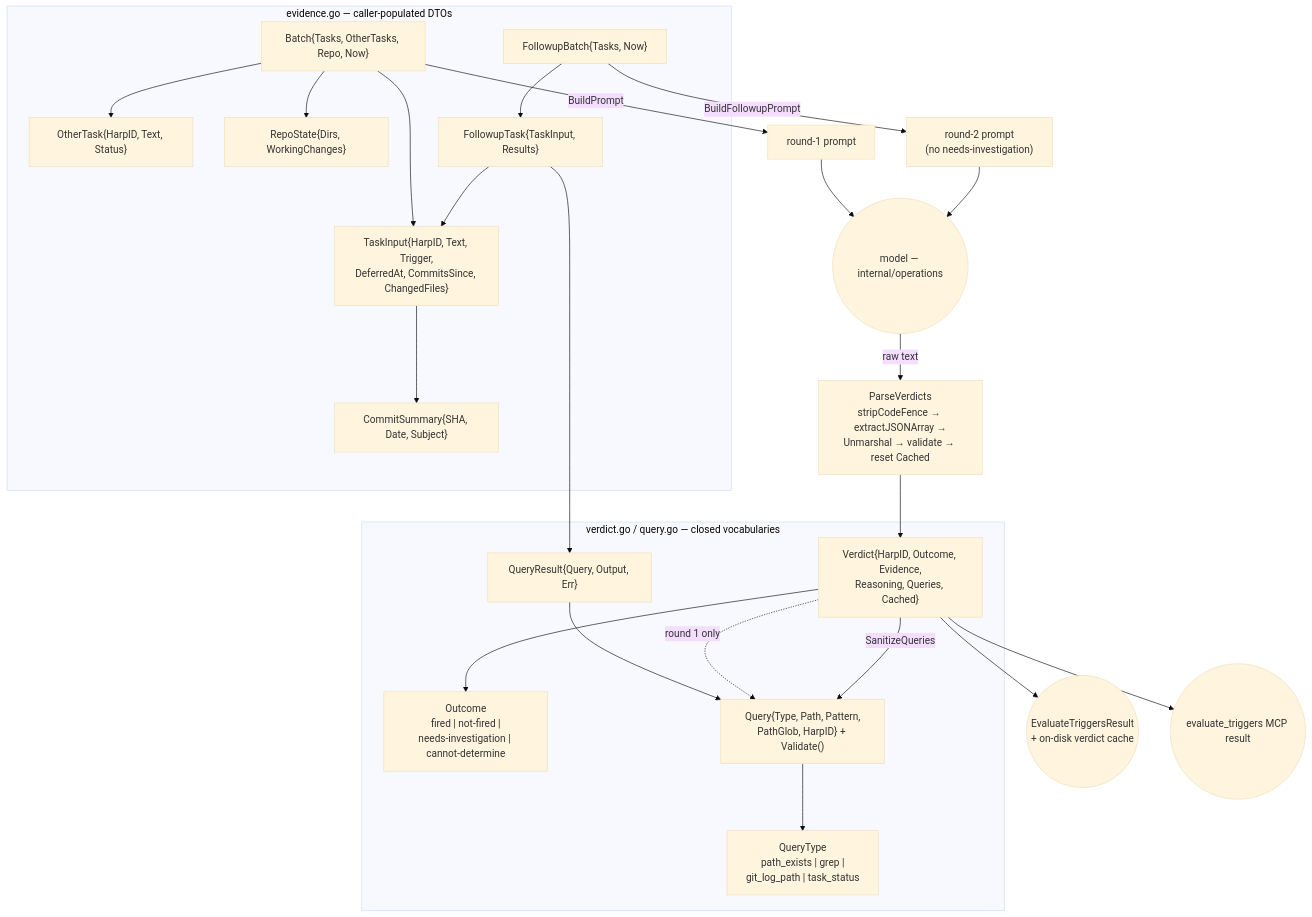
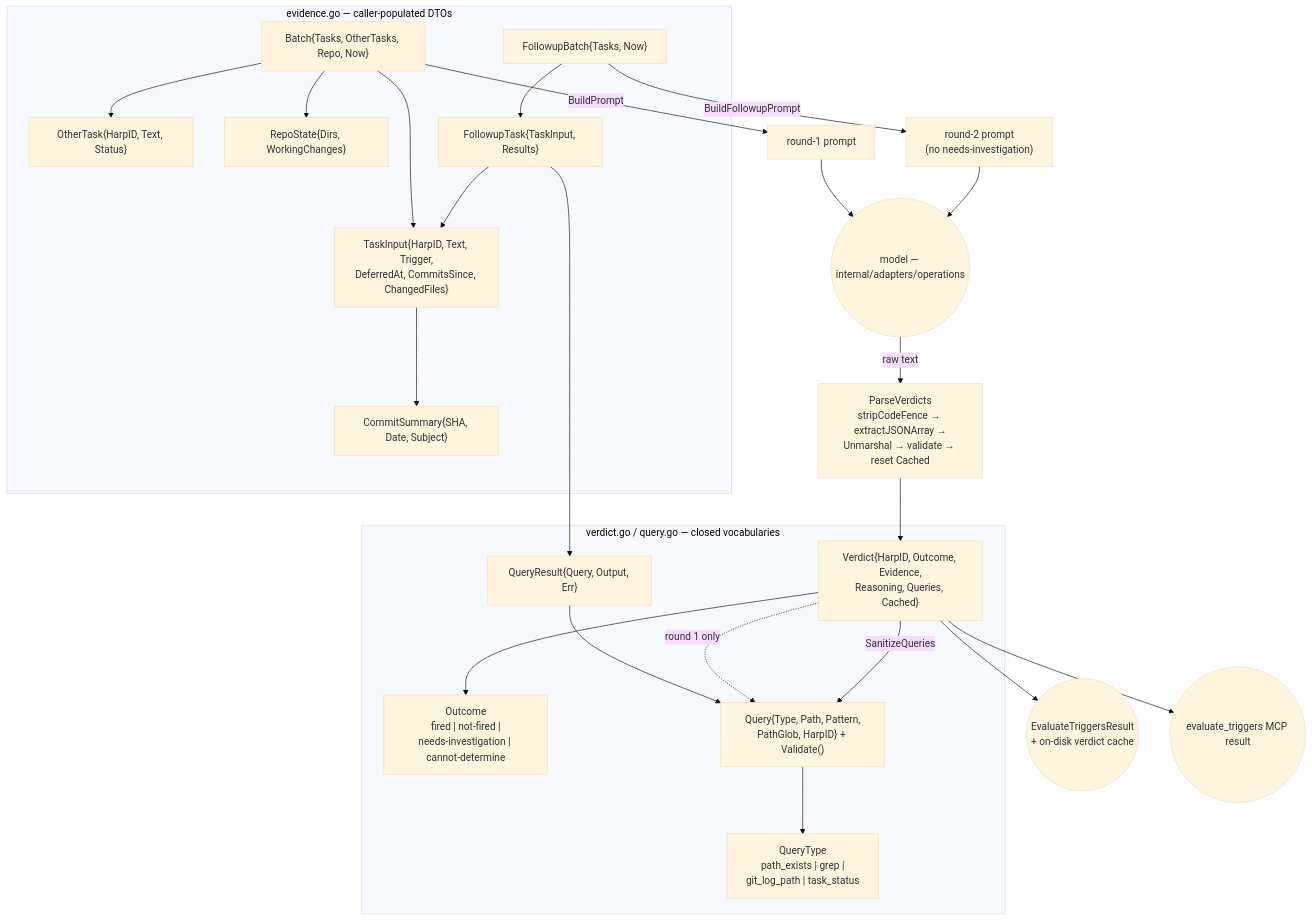
One commit to ctxloom/ctxloom changed the diagram in docs/architecture/shared/tasks-triggers.md. Above: the diagram before and after it, drawn with Mermaid (base theme). The commit also changed other lines of this file and 2489 other files, not shown here.

First line of the commit message:
refactor(arch): move the adapters ring into internal/adapters

````diff
--- a/docs/architecture/shared/tasks-triggers.md
+++ b/docs/architecture/shared/tasks-triggers.md
@@ -7,38 +7,38 @@
 ```mermaid
 flowchart TD
     subgraph inputs["evidence.go — caller-populated DTOs"]
         Batch["Batch{Tasks, OtherTasks, Repo, Now}"]
         TaskInput["TaskInput{HarpID, Text, Trigger,<br/>DeferredAt, CommitsSince, ChangedFiles}"]
         CommitSummary["CommitSummary{SHA, Date, Subject}"]
         OtherTask["OtherTask{HarpID, Text, Status}"]
         RepoState["RepoState{Dirs, WorkingChanges}"]
         FollowupBatch["FollowupBatch{Tasks, Now}"]
         FollowupTask["FollowupTask{TaskInput, Results}"]
     end
 
     subgraph vocab["verdict.go / query.go — closed vocabularies"]
         Outcome["Outcome<br/>fired | not-fired |<br/>needs-investigation | cannot-determine"]
         QueryType["QueryType<br/>path_exists | grep |<br/>git_log_path | task_status"]
         Query["Query{Type, Path, Pattern,<br/>PathGlob, HarpID} + Validate()"]
         QueryResult["QueryResult{Query, Output, Err}"]
         Verdict["Verdict{HarpID, Outcome, Evidence,<br/>Reasoning, Queries, Cached}"]
     end
 
     Batch --> TaskInput --> CommitSummary
     Batch --> OtherTask
     Batch --> RepoState
     FollowupBatch --> FollowupTask --> TaskInput
     FollowupTask --> QueryResult --> Query --> QueryType
     Verdict --> Outcome
     Verdict -.->|"round 1 only"| Query
 
     Batch -->|BuildPrompt| P1["round-1 prompt"]
     FollowupBatch -->|BuildFollowupPrompt| P2["round-2 prompt<br/>(no needs-investigation)"]
-    P1 --> LLM(("model — internal/operations"))
+    P1 --> LLM(("model — internal/adapters/operations"))
     P2 --> LLM
     LLM -->|raw text| PV["ParseVerdicts<br/>stripCodeFence → extractJSONArray →<br/>Unmarshal → validate → reset Cached"]
     PV --> Verdict
     Verdict -->|SanitizeQueries| Query
     Verdict --> OUT(("EvaluateTriggersResult<br/>+ on-disk verdict cache"))
     Verdict --> MCP(("evaluate_triggers MCP result"))
 ```
````
